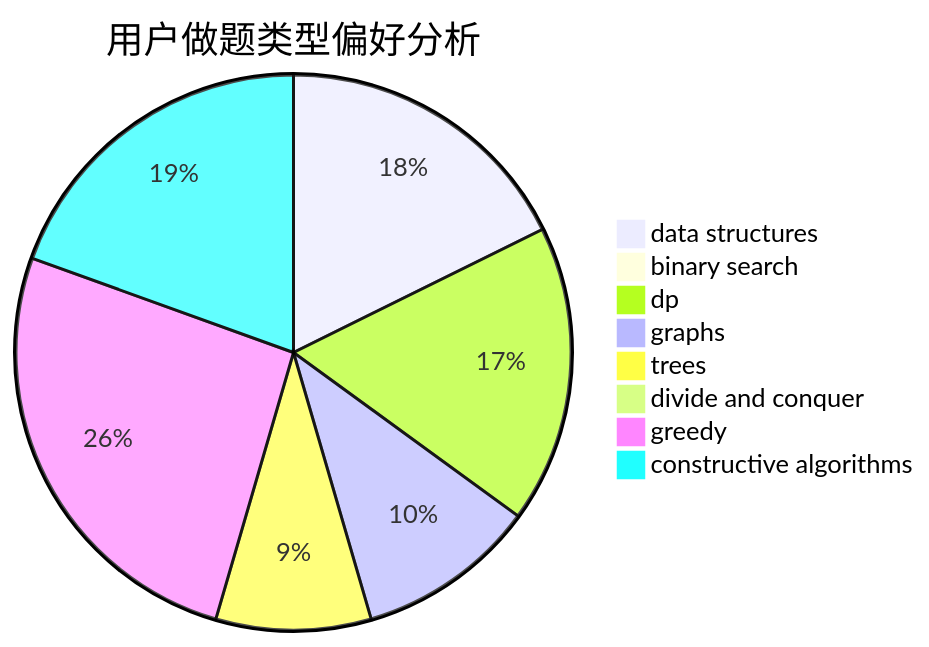
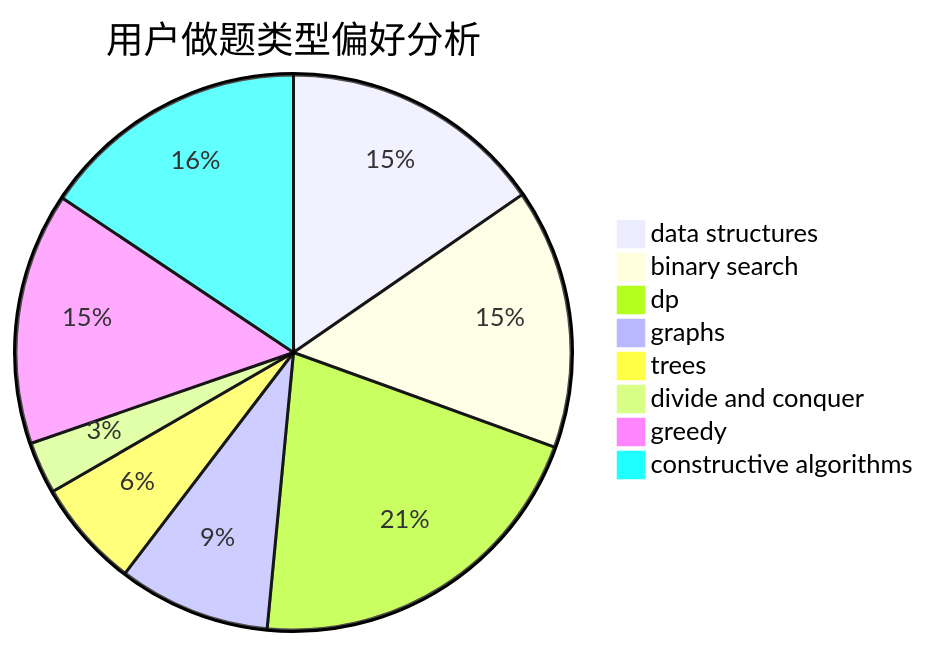
The second of 3 diagrams in docs/user/u774.md (sherpahu/cfrs.github.io), drawn with Mermaid before and after one commit. The commit also changed other lines of this file and 2770 other files, not shown here.

````diff
--- a/docs/user/u774.md
+++ b/docs/user/u774.md
@@ -23,11 +23,11 @@
 ```mermaid
 pie title 用户做题类型偏好分析
-    "data structures" :  49
-    "binary search" :  1
-    "dp" :  48
-    "graphs" :  29
-    "trees" :  25
-    "divide and conquer" :  0
-    "greedy" :  72
-    "constructive algorithms" :  54
+    "data structures" :  66
+    "binary search" :  65
+    "dp" :  90
+    "graphs" :  38
+    "trees" :  27
+    "divide and conquer" :  13
+    "greedy" :  63
+    "constructive algorithms" :  67
 ```
````
